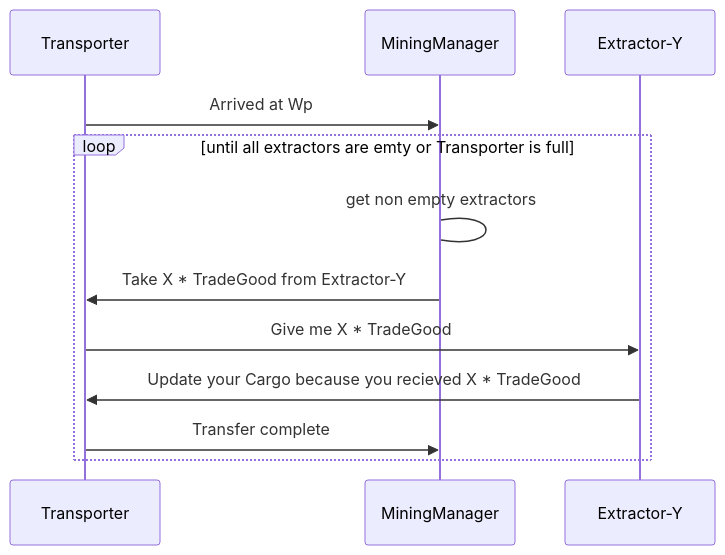
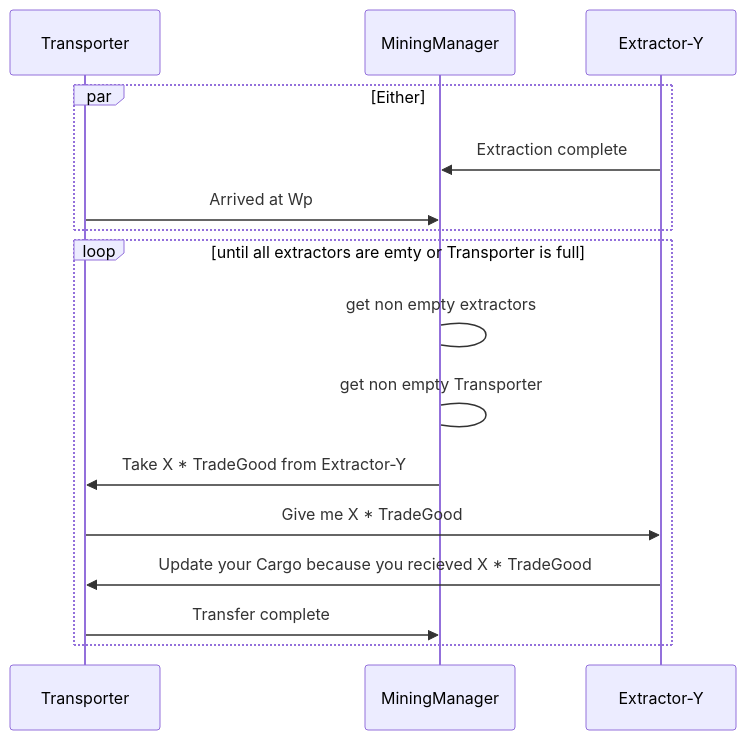
Before and after one commit to Moosbee/spacetraders-bot: the diagram in readme.md, drawn with Mermaid. The commit also changed other lines of this file and 16 other files, not shown here.

````diff
--- a/readme.md
+++ b/readme.md
@@ -10,14 +8,18 @@
 ```mermaid
 sequenceDiagram
     participant Transporter
     participant MiningManager
     participant Extractor-Y
-    Transporter ->> MiningManager: Arrived at Wp
+    par Either
+      Extractor-Y ->> MiningManager: Extraction complete
+      Transporter ->> MiningManager: Arrived at Wp
+    end
     loop until all extractors are emty or Transporter is full
         MiningManager -> MiningManager: get non empty extractors
+        MiningManager -> MiningManager: get non empty Transporter
         MiningManager ->> Transporter: Take X * TradeGood from Extractor-Y
         Transporter ->> Extractor-Y: Give me X * TradeGood
         Extractor-Y ->> Transporter: Update your Cargo because you recieved X * TradeGood
         Transporter ->> MiningManager: Transfer complete
     end
 ```
````
